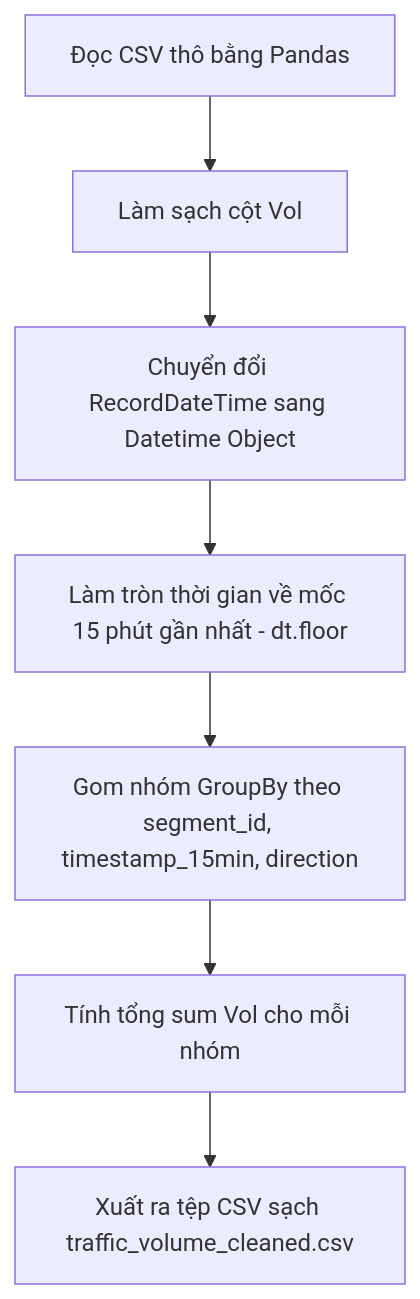
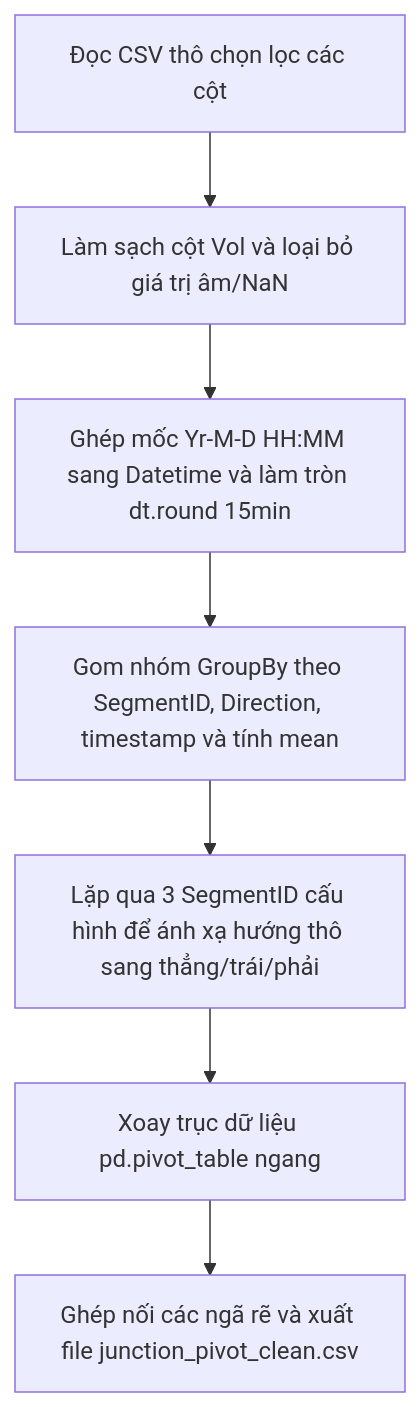
Before and after one commit to LeeVHoangtk3/traffic-density-analysis-system: the diagram in docs/plan/task_1_preprocess.md, drawn with Mermaid. The commit also changed other lines of this file and 16 other files, not shown here.

````diff
--- a/docs/plan/task_1_preprocess.md
+++ b/docs/plan/task_1_preprocess.md
@@ -36,9 +38,9 @@
 ```mermaid
 flowchart TD
-    A[Đọc CSV thô bằng Pandas] --> B[Làm sạch cột Vol]
-    B --> C[Chuyển đổi RecordDateTime sang Datetime Object]
-    C --> D[Làm tròn thời gian về mốc 15 phút gần nhất - dt.floor]
-    D --> E[Gom nhóm GroupBy theo segment_id, timestamp_15min, direction]
-    E --> F[Tính tổng sum Vol cho mỗi nhóm]
-    F --> G[Xuất ra tệp CSV sạch traffic_volume_cleaned.csv]
+    A[Đọc CSV thô chọn lọc các cột] --> B[Làm sạch cột Vol và loại bỏ giá trị âm/NaN]
+    B --> C[Ghép mốc Yr-M-D HH:MM sang Datetime và làm tròn dt.round 15min]
+    C --> D[Gom nhóm GroupBy theo SegmentID, Direction, timestamp và tính mean]
+    D --> E[Lặp qua 3 SegmentID cấu hình để ánh xạ hướng thô sang thẳng/trái/phải]
+    E --> F[Xoay trục dữ liệu pd.pivot_table ngang]
+    F --> G[Ghép nối các ngã rẽ và xuất file junction_pivot_clean.csv]
 ```
````
